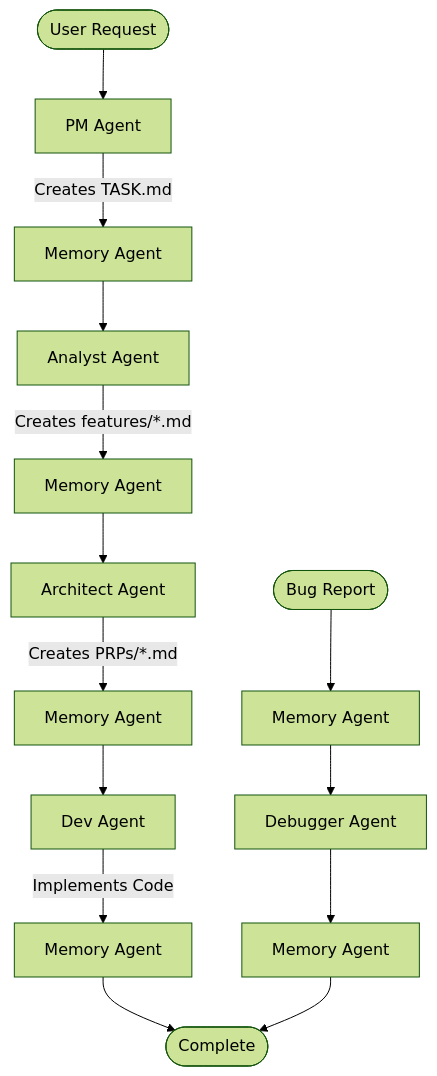
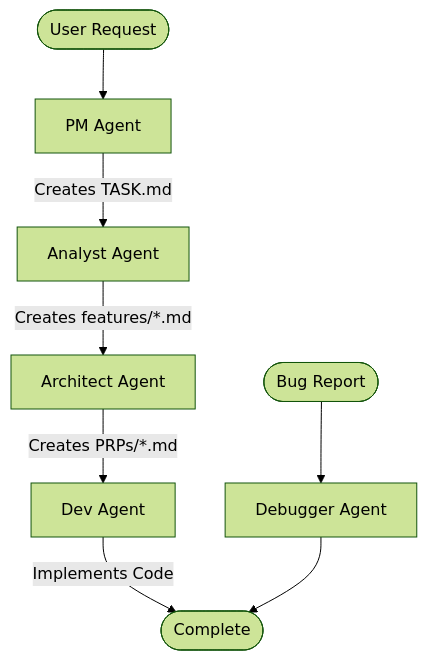
Before and after one commit to dejay2/contextengineeringagents: the diagram in README.md, drawn with Mermaid (forest theme). The commit also changed other lines of this file and 11 other files, not shown here.

First line of the commit message:
refactor: Remove memory agent dependencies and simplify workflow

````diff
--- a/README.md
+++ b/README.md
@@ -11,17 +11,11 @@
 ```mermaid
 graph TD
     Start([User Request]) --> PM[PM Agent]
-    PM -->|Creates TASK.md| Memory1[Memory Agent]
-    Memory1 --> Analyst[Analyst Agent]
-    Analyst -->|Creates features/*.md| Memory2[Memory Agent]
-    Memory2 --> Architect[Architect Agent]
-    Architect -->|Creates PRPs/*.md| Memory3[Memory Agent]
-    Memory3 --> Dev[Dev Agent]
-    Dev -->|Implements Code| Memory4[Memory Agent]
-    Memory4 --> End([Complete])
+    PM -->|Creates TASK.md| Analyst[Analyst Agent]
+    Analyst -->|Creates features/*.md| Architect[Architect Agent]
+    Architect -->|Creates PRPs/*.md| Dev[Dev Agent]
+    Dev -->|Implements Code| End([Complete])
     
-    Bug([Bug Report]) --> MemoryDebug[Memory Agent]
-    MemoryDebug --> Debugger[Debugger Agent]
-    Debugger --> Memory5[Memory Agent]
-    Memory5 --> End
+    Bug([Bug Report]) --> Debugger[Debugger Agent]
+    Debugger --> End
 ```
````
